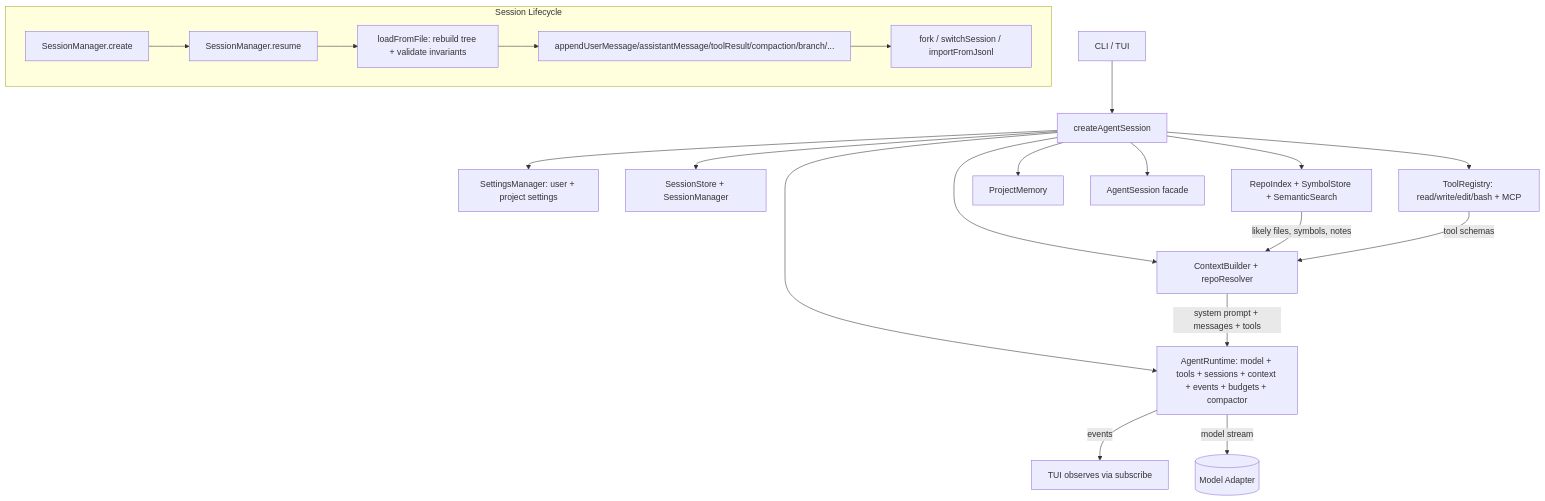
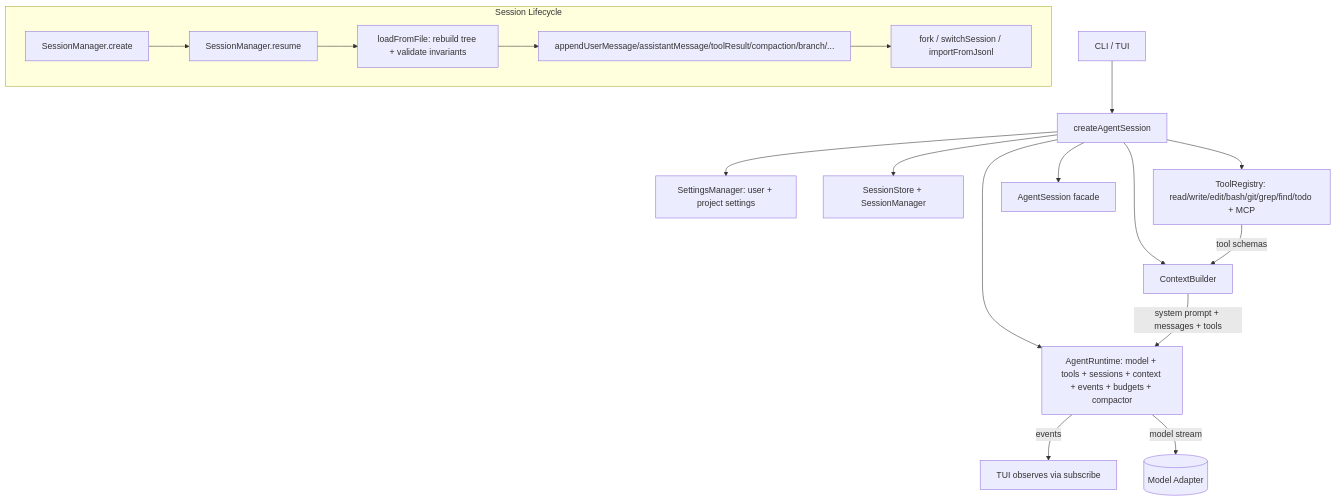
The diagram in docs/packages/coding-agent/index.md (ajeetkbhardwaj/kern), drawn with Mermaid before and after one commit. The commit also changed other lines of this file and 71 other files, not shown here.

````diff
--- a/docs/packages/coding-agent/index.md
+++ b/docs/packages/coding-agent/index.md
@@ -26,25 +24,22 @@
 ```mermaid
 flowchart TD
     CLI[CLI / TUI] --> CAS[createAgentSession]
     CAS --> Settings[SettingsManager: user + project settings]
     CAS --> Store[SessionStore + SessionManager]
-    CAS --> TR[ToolRegistry: read/write/edit/bash + MCP]
-    CAS --> RI[RepoIndex + SymbolStore + SemanticSearch]
-    CAS --> PM[ProjectMemory]
-    CAS --> CB[ContextBuilder + repoResolver]
+    CAS --> TR[ToolRegistry: read/write/edit/bash/git/grep/find/todo + MCP]
+    CAS --> CB[ContextBuilder]
     CAS --> RT[AgentRuntime: model + tools + sessions + context + events + budgets + compactor]
     CAS --> AS[AgentSession facade]
     
-    RI -->|likely files, symbols, notes| CB
     CB -->|system prompt + messages + tools| RT
     TR -->|tool schemas| CB
     RT -->|events| TUI[TUI observes via subscribe]
     RT -->|model stream| Model[(Model Adapter)]
     
     subgraph Session Lifecycle
     Create[SessionManager.create] --> Resume[SessionManager.resume]
     Resume --> Load[loadFromFile: rebuild tree + validate invariants]
     Load --> Append[appendUserMessage/assistantMessage/toolResult/compaction/branch/...]
     Append --> Fork[fork / switchSession / importFromJsonl]
     end
 ```
````
